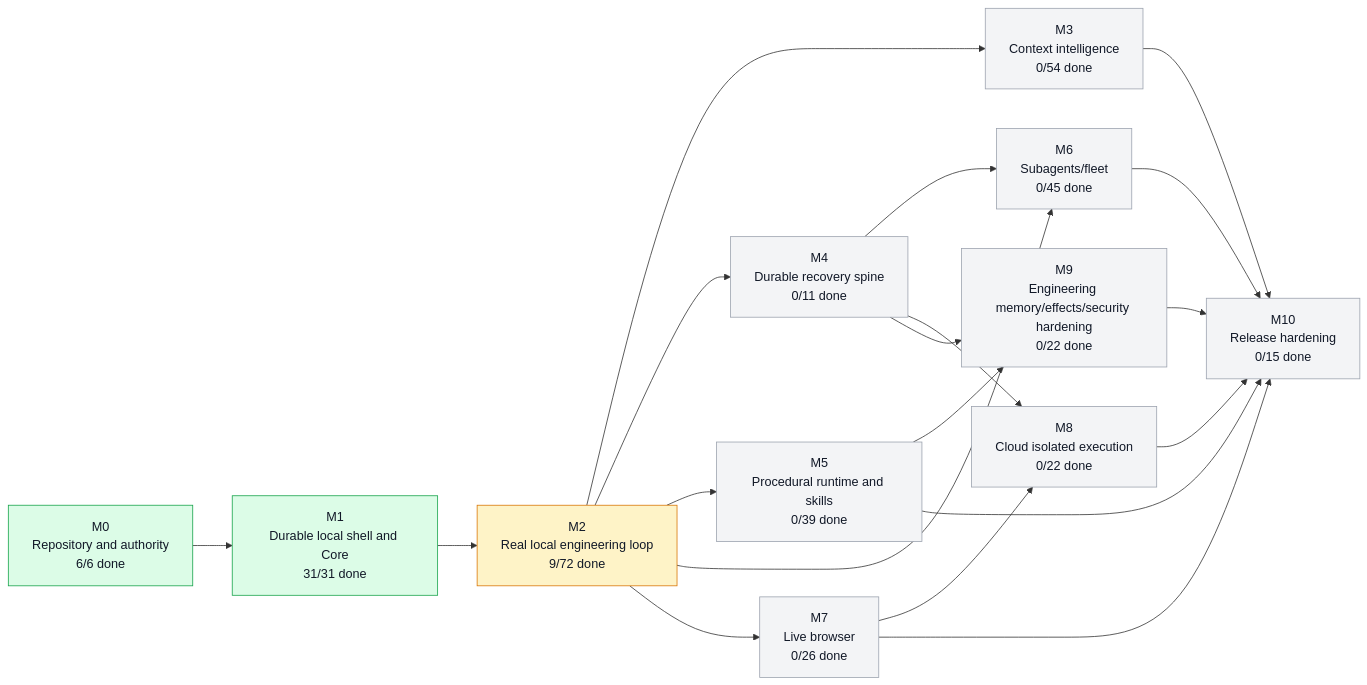
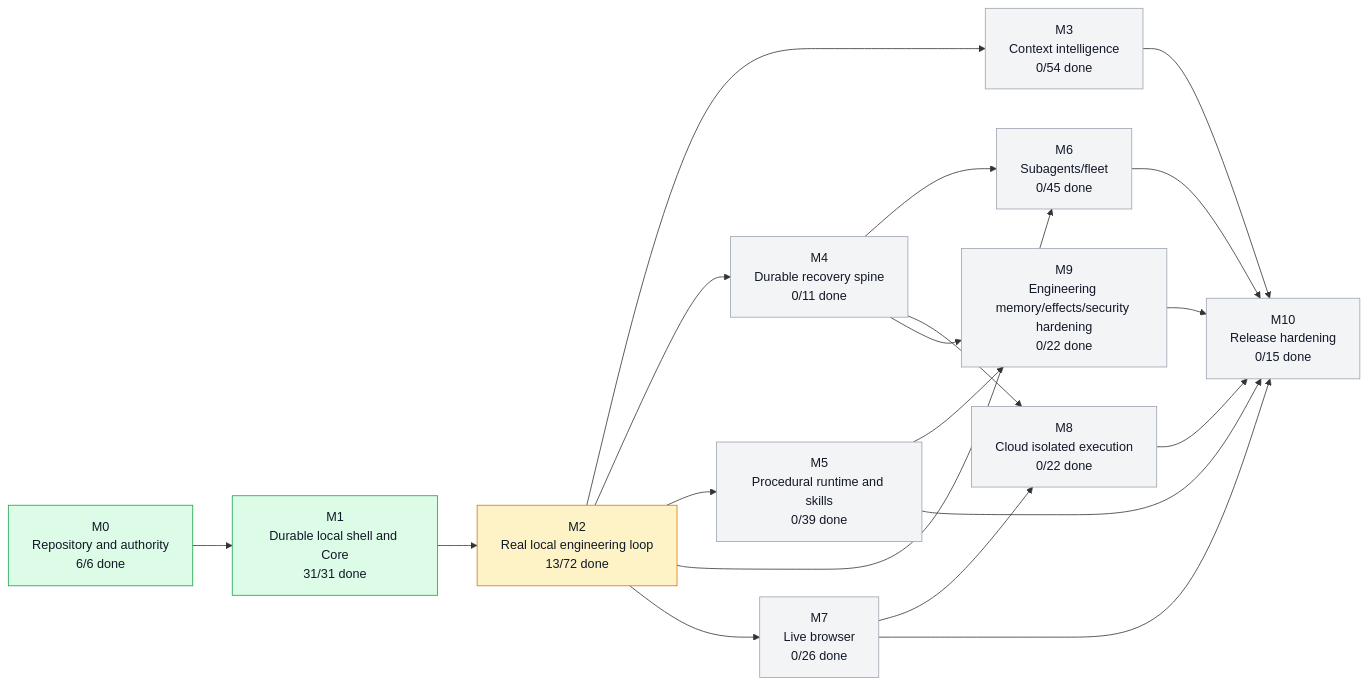
Before and after one commit to moss101/zmodbit: the first of 3 diagrams in graph/PROJECT_GRAPH.md, drawn with Mermaid. The commit also changed other lines of this file and 3 other files, not shown here.

````diff
--- a/graph/PROJECT_GRAPH.md
+++ b/graph/PROJECT_GRAPH.md
@@ -43,43 +43,43 @@
 ```mermaid
 flowchart LR
   M0["M0<br/>Repository and authority<br/>6/6 done"]
   M1["M1<br/>Durable local shell and Core<br/>31/31 done"]
-  M2["M2<br/>Real local engineering loop<br/>9/72 done"]
+  M2["M2<br/>Real local engineering loop<br/>13/72 done"]
   M3["M3<br/>Context intelligence<br/>0/54 done"]
   M4["M4<br/>Durable recovery spine<br/>0/11 done"]
   M5["M5<br/>Procedural runtime and skills<br/>0/39 done"]
   M6["M6<br/>Subagents/fleet<br/>0/45 done"]
   M7["M7<br/>Live browser<br/>0/26 done"]
   M8["M8<br/>Cloud isolated execution<br/>0/22 done"]
   M9["M9<br/>Engineering memory/effects/security hardening<br/>0/22 done"]
   M10["M10<br/>Release hardening<br/>0/15 done"]
   M0 --> M1
   M1 --> M2
   M2 --> M3
   M2 --> M4
   M2 --> M5
   M2 --> M6
   M4 --> M6
   M2 --> M7
   M4 --> M8
   M7 --> M8
   M4 --> M9
   M5 --> M9
   M3 --> M10
   M5 --> M10
   M6 --> M10
   M7 --> M10
   M8 --> M10
   M9 --> M10
   style M0 fill:#dcfce7,stroke:#16a34a,color:#111827
   style M1 fill:#dcfce7,stroke:#16a34a,color:#111827
   style M2 fill:#fef3c7,stroke:#d97706,color:#111827
   style M3 fill:#f3f4f6,stroke:#9ca3af,color:#111827
   style M4 fill:#f3f4f6,stroke:#9ca3af,color:#111827
   style M5 fill:#f3f4f6,stroke:#9ca3af,color:#111827
   style M6 fill:#f3f4f6,stroke:#9ca3af,color:#111827
   style M7 fill:#f3f4f6,stroke:#9ca3af,color:#111827
   style M8 fill:#f3f4f6,stroke:#9ca3af,color:#111827
   style M9 fill:#f3f4f6,stroke:#9ca3af,color:#111827
   style M10 fill:#f3f4f6,stroke:#9ca3af,color:#111827
 ```
````
